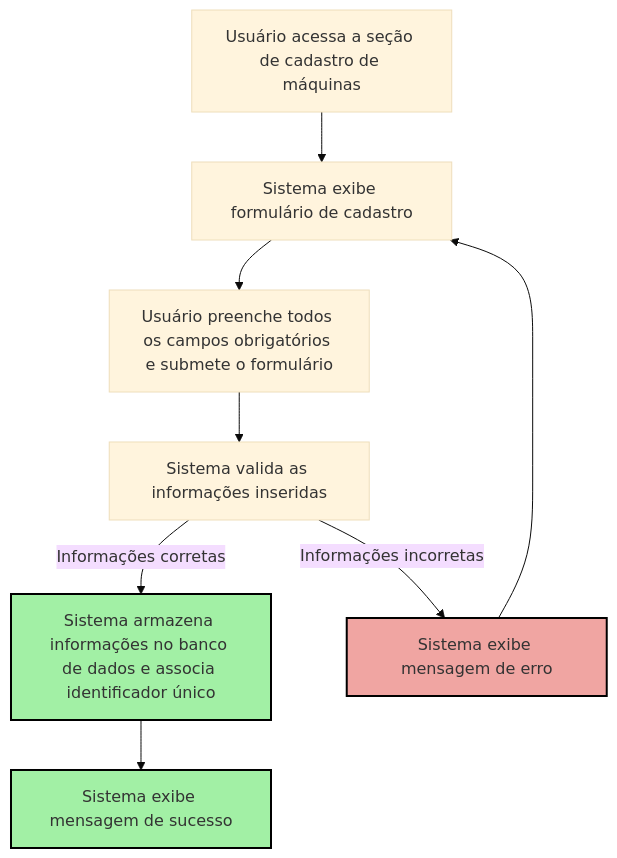
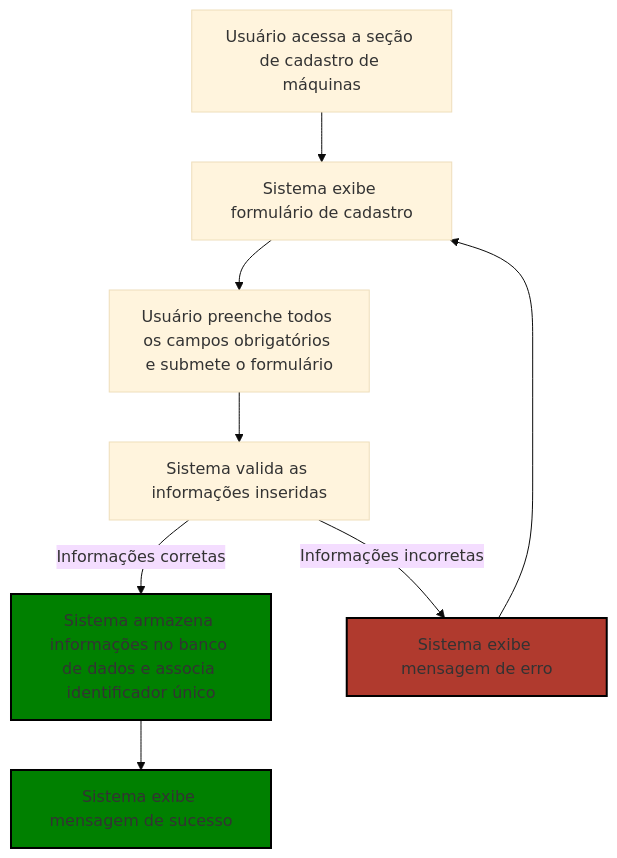
The first of 7 diagrams in README.md (RafaelRodrigues44/SigeM), drawn with Mermaid (base theme) before and after one commit. The commit also changed other lines of this file, not shown here.

````diff
--- a/README.md
+++ b/README.md
@@ -105,18 +100,18 @@
 ```mermaid
 flowchart TD
     A[Usuário acessa a seção de cadastro de máquinas] --> B[Sistema exibe formulário de cadastro]
     B --> C[Usuário preenche todos os campos obrigatórios e submete o formulário]
     C --> D[Sistema valida as informações inseridas]
     D -->|Informações corretas| E[Sistema armazena informações no banco de dados e associa identificador único]
     D -->|Informações incorretas| F[Sistema exibe mensagem de erro]
     E --> G[Sistema exibe mensagem de sucesso]
     F --> B
 
 
-    classDef correct fill:#a2f0a5,stroke:#000,stroke-width:2px;
-    classDef error fill:#f0a5a2,stroke:#000,stroke-width:2px;
+    classDef correct fill:#008000,stroke:#000,stroke-width:2px;
+    classDef error fill:#b03a2e,stroke:#000,stroke-width:2px;
 
 
     class E,G correct;
     class F error;
 ```
````
